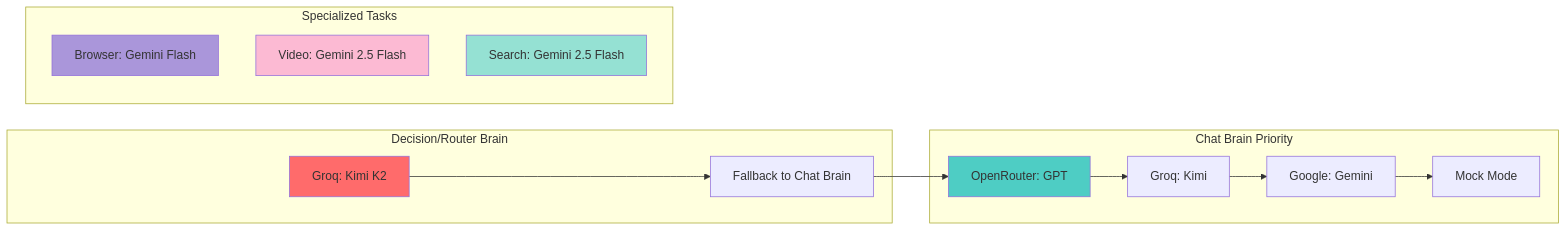
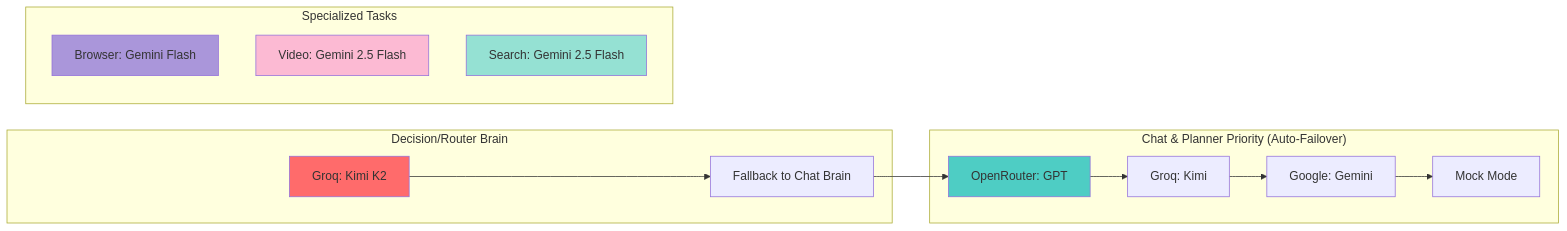
One commit to Garvit1000/nexus changed the second of 5 diagrams in README.md. Above: the diagram before and after it, drawn with Mermaid. The commit also changed other lines of this file and 1 other file, not shown here.

Commit message:
update readme about the flow

````diff
--- a/README.md
+++ b/README.md
@@ -95,24 +97,24 @@
 ```mermaid
 graph LR
     subgraph "Decision/Router Brain"
         R1[Groq: Kimi K2] --> R2[Fallback to Chat Brain]
     end
     
-    subgraph "Chat Brain Priority"
+    subgraph "Chat & Planner Priority (Auto-Failover)"
         C1[OpenRouter: GPT] --> C2[Groq: Kimi] --> C3[Google: Gemini] --> C4[Mock Mode]
     end
     
     subgraph "Specialized Tasks"
         S1[Browser: Gemini Flash]
         S2[Video: Gemini 2.5 Flash]
         S3[Search: Gemini 2.5 Flash]
     end
     
     R2 --> C1
     
     style R1 fill:#ff6b6b
     style C1 fill:#4ecdc4
     style S1 fill:#aa96da
     style S2 fill:#fcbad3
     style S3 fill:#95e1d3
 ```
````
